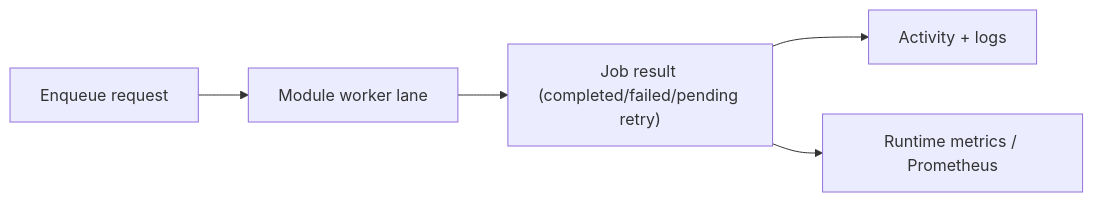
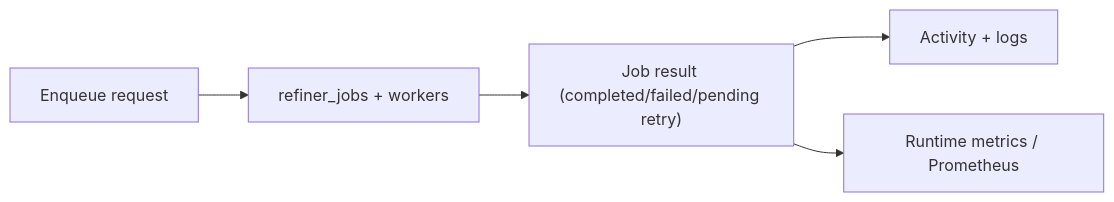
Before and after one commit to jampat000/MediaMop: the second of 2 diagrams in ARCHITECTURE.md, drawn with Mermaid. The commit also changed other lines of this file and 348 other files, not shown here.

First line of the commit message:
refactor!: remove the module layer; Refiner is the application (closes #459) (#504)

````diff
--- a/ARCHITECTURE.md
+++ b/ARCHITECTURE.md
@@ -78,7 +78,7 @@
 ```mermaid
 flowchart LR
-  Enqueue["Enqueue request"] --> Lane["Module worker lane"]
-  Lane --> Result["Job result (completed/failed/pending retry)"]
+  Enqueue["Enqueue request"] --> Jobs["refiner_jobs + workers"]
+  Jobs --> Result["Job result (completed/failed/pending retry)"]
   Result --> Activity["Activity + logs"]
   Result --> Metrics["Runtime metrics / Prometheus"]
 ```
````
